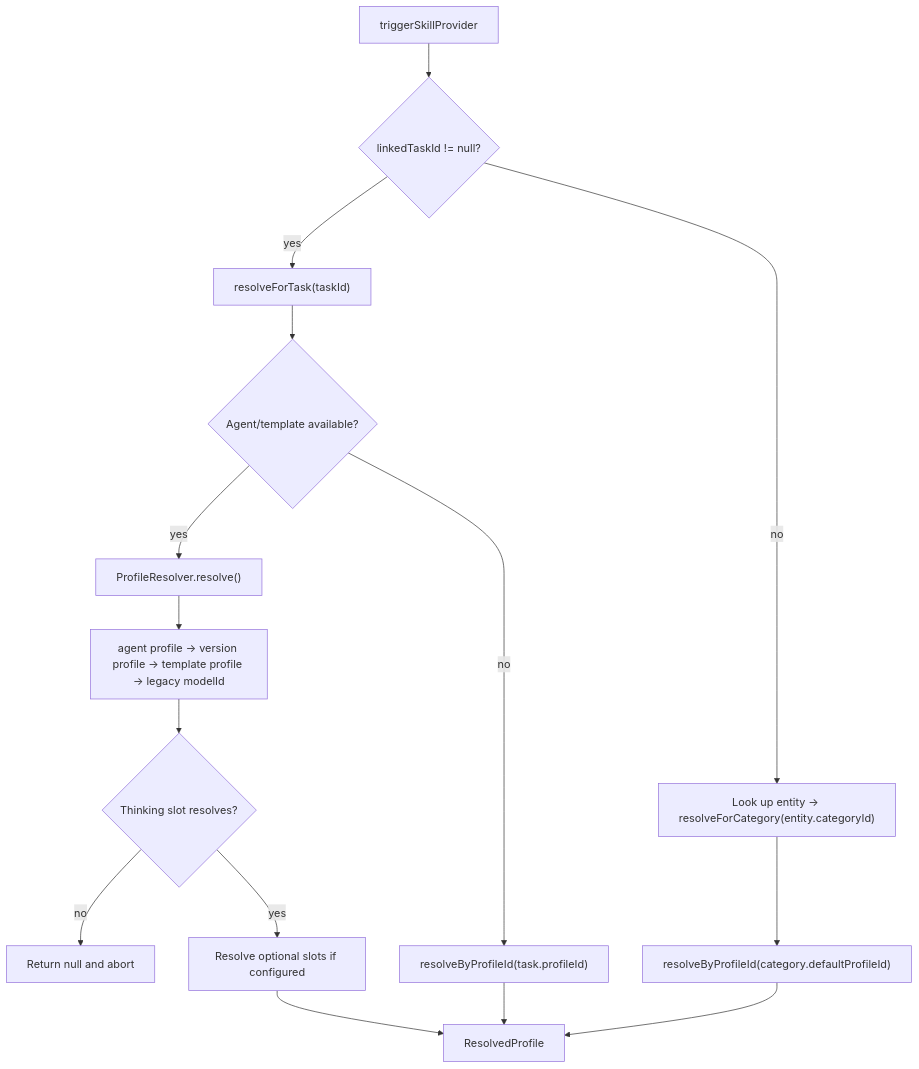
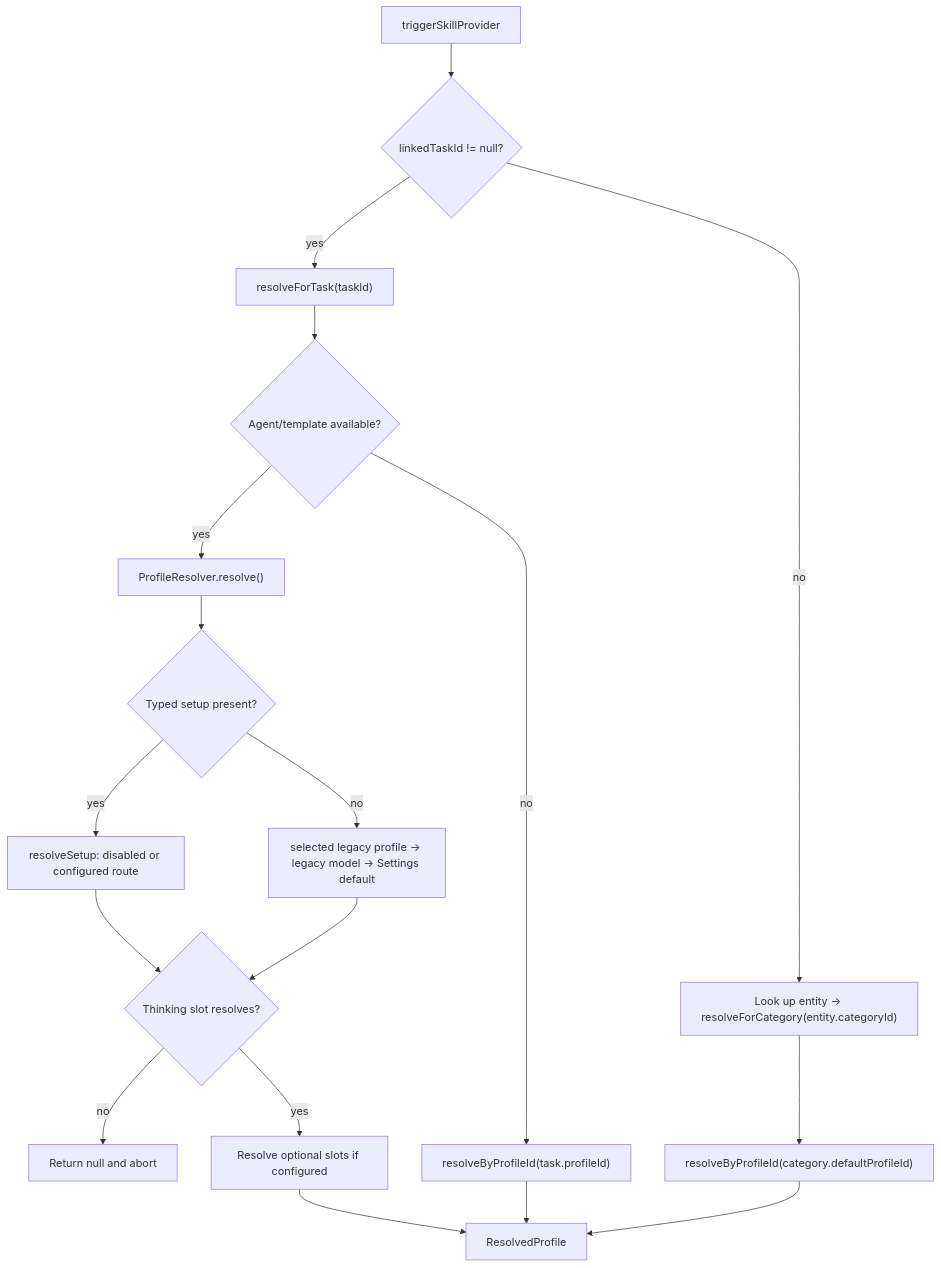
The diagram in knowledge/features/ai/profile-resolution.md (matthiasn/lotti), drawn with Mermaid before and after one commit. The commit also changed other lines of this file and 66 other files, not shown here.

Commit message:
fix: add a default agent profile and reduce runtime overhead (#4243)

````diff
--- a/knowledge/features/ai/profile-resolution.md
+++ b/knowledge/features/ai/profile-resolution.md
@@ -47,21 +51,24 @@
 ```mermaid
 flowchart TD
   Trigger["triggerSkillProvider"] --> HasTask{"linkedTaskId != null?"}
 
   HasTask -->|yes| TaskBranch["resolveForTask(taskId)"]
   HasTask -->|no| CategoryBranch["Look up entity → resolveForCategory(entity.categoryId)"]
 
   TaskBranch --> AgentPath{"Agent/template available?"}
   AgentPath -->|yes| ProfileResolve["ProfileResolver.resolve()"]
   AgentPath -->|no| TaskProfile["resolveByProfileId(task.profileId)"]
 
   CategoryBranch --> CategoryProfile["resolveByProfileId(category.defaultProfileId)"]
 
-  ProfileResolve --> Chain["agent profile → version profile → template profile → legacy modelId"]
+  ProfileResolve --> Typed{"Typed setup present?"}
+  Typed -->|yes| Setup["resolveSetup: disabled or configured route"]
+  Setup --> Thinking
+  Typed -->|no| Chain["selected legacy profile → legacy model → Settings default"]
   Chain --> Thinking{"Thinking slot resolves?"}
   Thinking -->|no| Abort["Return null and abort"]
   Thinking -->|yes| Optional["Resolve optional slots if configured"]
   Optional --> Result["ResolvedProfile"]
   TaskProfile --> Result
   CategoryProfile --> Result
 ```
````
